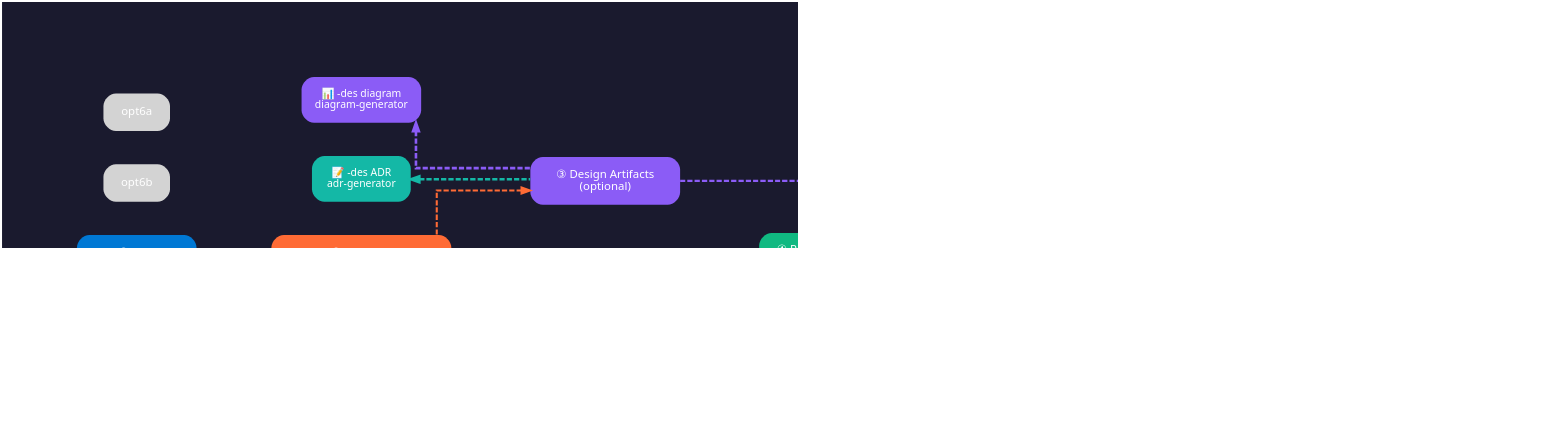
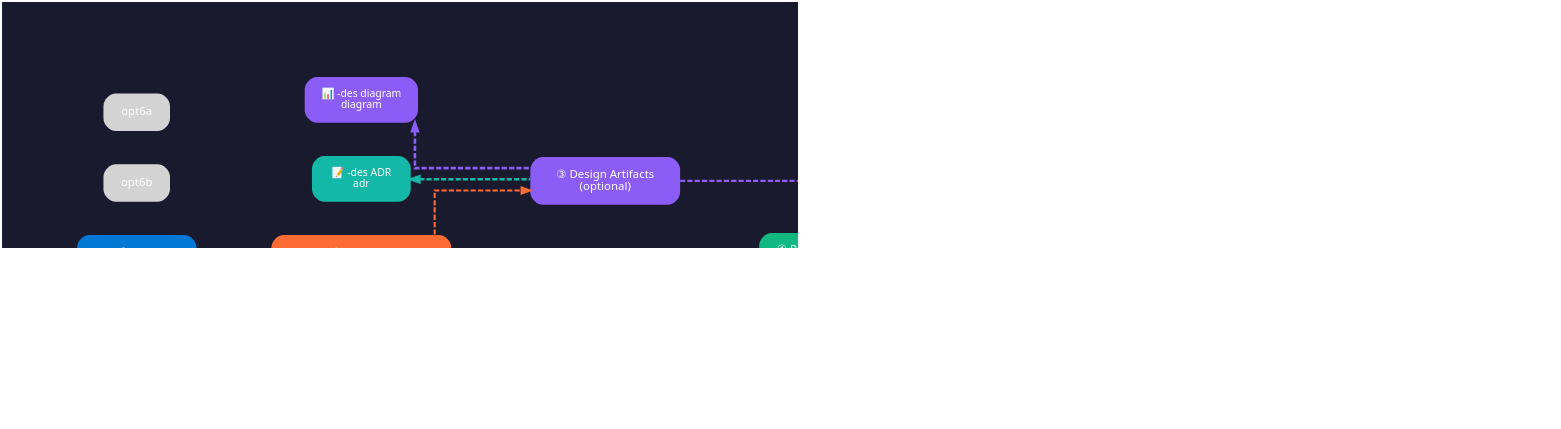
The diagram in docs/_superseded/diagrams/workflow/workflow_detailed.dot (SmitaCnovate/azure-agentic-infraops), drawn with Graphviz before and after one commit. The commit also changed 102 other files, not shown here.

```diff
--- a/docs/_superseded/diagrams/workflow/workflow_detailed.dot
+++ b/docs/_superseded/diagrams/workflow/workflow_detailed.dot
@@ -1,123 +1,123 @@
 
 digraph DetailedWorkflow {
     graph [
         bgcolor="#1a1a2e"
         fontcolor="white"
         fontname="Segoe UI, Arial, sans-serif"
         pad="1.0"
         splines="ortho"
         nodesep="0.45"
         ranksep="1.0"
         rankdir="LR"
         dpi="150"
         newrank="true"
     ]
     
     node [
         fontname="Segoe UI, Arial, sans-serif"
         fontsize="11"
         fontcolor="white"
         style="filled,rounded"
         shape="box"
         penwidth="0"
         margin="0.25,0.15"
     ]
     
     edge [
         color="#64748b"
         fontcolor="#94a3b8"
         fontname="Segoe UI, Arial, sans-serif"
         fontsize="9"
         penwidth="2.5"
         arrowsize="0.8"
     ]
 
     // Step 1
     step1 [
         label="① Plan\n@plan"
         fillcolor="#0078D4"
         width="1.6"
         height="0.6"
     ]
 
     // Step 2
     step2 [
-        label="② Architect\nazure-principal-architect"
+        label="② Architect\narchitect"
         fillcolor="#FF6B35"
         width="2.4"
         height="0.6"
     ]
 
     // Step 3 - Design Artifacts
     step3 [
         label="③ Design Artifacts\n(optional)"
         fillcolor="#8b5cf6"
         width="2.0"
         height="0.6"
         style="filled,rounded,dashed"
     ]
     
-    opt3a [label="📊 -des diagram\ndiagram-generator" fillcolor="#8b5cf6" fontsize="10"]
-    opt3b [label="📝 -des ADR\nadr-generator" fillcolor="#14b8a6" fontsize="10"]
+    opt3a [label="📊 -des diagram\ndiagram" fillcolor="#8b5cf6" fontsize="10"]
+    opt3b [label="📝 -des ADR\nadr" fillcolor="#14b8a6" fontsize="10"]
 
     // Step 4
     step4 [
         label="④ Plan Infrastructure\nbicep-plan"
         fillcolor="#10b981"
         width="2.0"
         height="0.6"
     ]
     
     opt4gov [label="🔒 Governance Discovery\nAzure Policy" fillcolor="#06b6d4" fontsize="10"]
 
     // Step 5
     step5 [
-        label="⑤ Generate Code\nbicep-implement"
+        label="⑤ Generate Code\nbicep-code"
         fillcolor="#ec4899"
         width="2.0"
         height="0.6"
     ]
 
     // Step 6 - Deploy
     step6 [
         label="⑥ Deploy\nDeploy Agent"
         fillcolor="#f4722b"
         width="2.0"
         height="0.6"
     ]
 
     // Step 7 - As-Built Artifacts
     step7 [
         label="⑦ As-Built Artifacts\n(optional)"
         fillcolor="#f4722b"
         width="2.0"
         height="0.6"
         style="filled,rounded,dashed"
     ]
     
-    opt7a [label="📊 -ab diagram\ndiagram-generator" fillcolor="#8b5cf6" fontsize="10"]
-    opt7b [label="📝 -ab ADR\nadr-generator" fillcolor="#14b8a6" fontsize="10"]
+    opt7a [label="📊 -ab diagram\ndiagram" fillcolor="#8b5cf6" fontsize="10"]
+    opt7b [label="📝 -ab ADR\nadr" fillcolor="#14b8a6" fontsize="10"]
 
     // Main flow - thick colored arrows
     step1 -> step2 [color="#0078D4" penwidth="3"]
     step2 -> step3 [color="#FF6B35" penwidth="2" style="dashed"]
     step2 -> step4 [color="#FF6B35" penwidth="3"]
     step3 -> step4 [color="#8b5cf6" penwidth="2" style="dashed"]
     step4 -> step5 [color="#10b981" penwidth="3"]
     step5 -> step6 [color="#ec4899" penwidth="3"]
     step6 -> step7 [color="#f4722b" penwidth="2" style="dashed"]
 
     // Optional tools connections - above main flow
     opt3a -> step3 [style="dashed" color="#8b5cf6" arrowhead="none" arrowtail="normal" dir="back"]
     opt3b -> step3 [style="dashed" color="#14b8a6" arrowhead="none" arrowtail="normal" dir="back"]
     opt4gov -> step4 [style="dashed" color="#06b6d4" arrowhead="none" arrowtail="normal" dir="back"]
     opt7a -> step7 [style="dashed" color="#8b5cf6" arrowhead="none" arrowtail="normal" dir="back"]
     opt7b -> step7 [style="dashed" color="#14b8a6" arrowhead="none" arrowtail="normal" dir="back"]
 
     // Layout - optionals stacked vertically
     { rank=same; opt3a; opt3b }
     { rank=same; opt4gov }
     { rank=same; opt6a; opt6b }
     opt3a -> opt3b [style="invis" weight="10"]
     opt6a -> opt6b [style="invis" weight="10"]
 }
```
